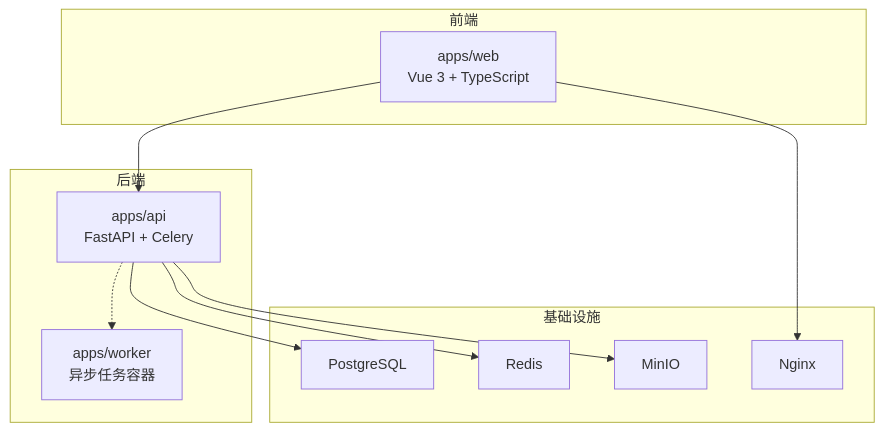
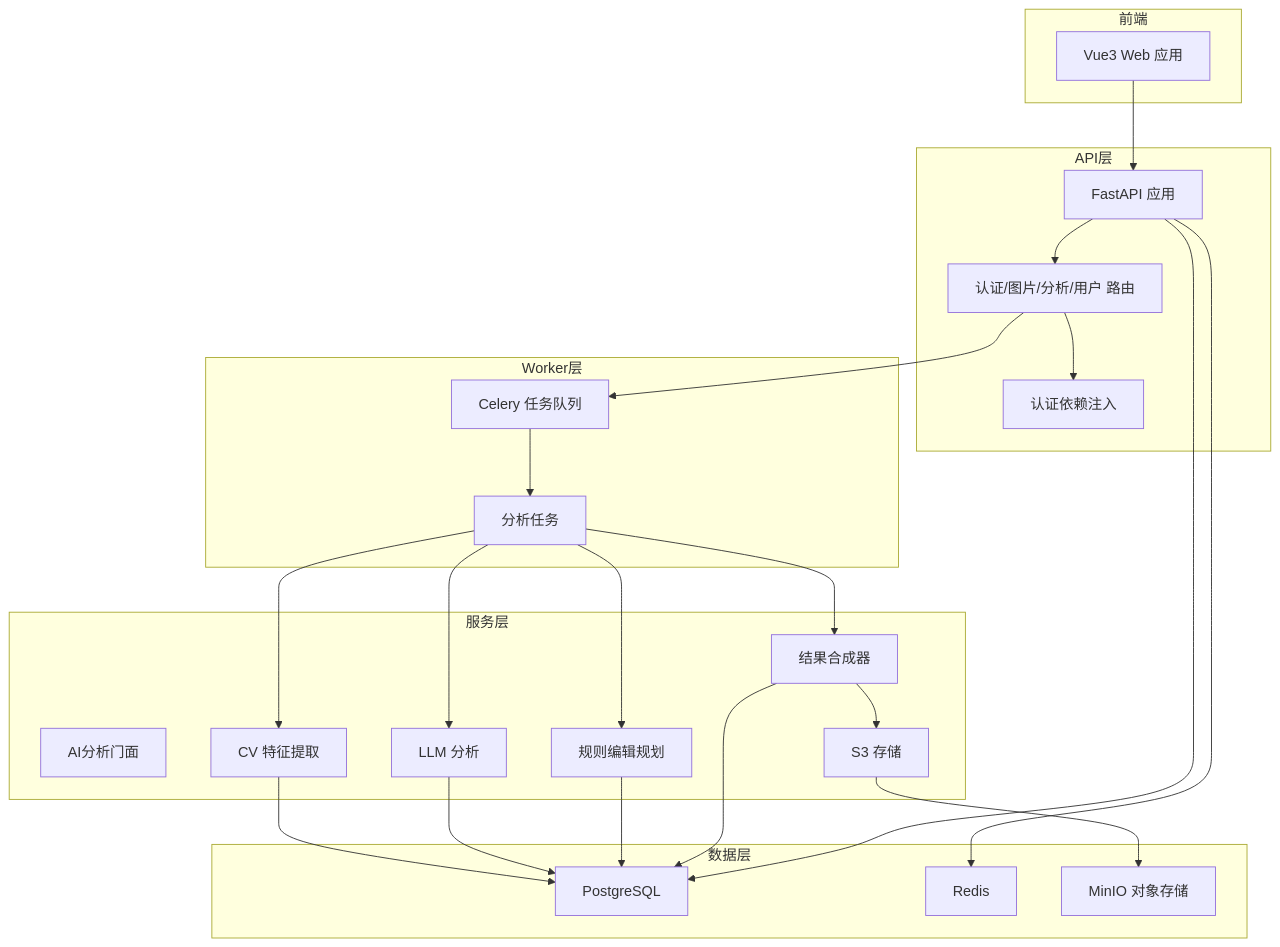
The second of 7 diagrams in .qoder/repowiki/zh/content/开发者指南.md (selectzhangyuan/AI-photo-coach), drawn with Mermaid before and after one commit. The commit also changed other lines of this file and 128 other files, not shown here.

````diff
--- a/.qoder/repowiki/zh/content/开发者指南.md
+++ b/.qoder/repowiki/zh/content/开发者指南.md
@@ -51,22 +133,45 @@
 ```mermaid
 graph TB
 subgraph "前端"
-WEB["apps/web<br/>Vue 3 + TypeScript"]
+WEB["Vue3 Web 应用"]
 end
-subgraph "后端"
-API["apps/api<br/>FastAPI + Celery"]
-WORKER["apps/worker<br/>异步任务容器"]
+subgraph "API层"
+FASTAPI["FastAPI 应用"]
+ROUTERS["认证/图片/分析/用户 路由"]
+AUTH_DEPS["认证依赖注入"]
 end
-subgraph "基础设施"
+subgraph "Worker层"
+CELERY["Celery 任务队列"]
+TASK_ANALYZE["分析任务"]
+end
+subgraph "服务层"
+SVC_AI["AI分析门面"]
+SVC_FEAT["CV 特征提取"]
+SVC_LLM["LLM 分析"]
+SVC_RULES["规则编辑规划"]
+SVC_COMPOSER["结果合成器"]
+SVC_STORAGE["S3 存储"]
+end
+subgraph "数据层"
 DB["PostgreSQL"]
 REDIS["Redis"]
-MINIO["MinIO"]
-NGINX["Nginx"]
+MINIO["MinIO 对象存储"]
 end
-WEB --> API
-API --> DB
-API --> REDIS
-API --> MINIO
-API -.-> WORKER
-WEB --> NGINX
+WEB --> FASTAPI
+FASTAPI --> ROUTERS
+ROUTERS --> AUTH_DEPS
+ROUTERS --> CELERY
+CELERY --> TASK_ANALYZE
+TASK_ANALYZE --> SVC_FEAT
+TASK_ANALYZE --> SVC_LLM
+TASK_ANALYZE --> SVC_RULES
+TASK_ANALYZE --> SVC_COMPOSER
+SVC_FEAT --> DB
+SVC_LLM --> DB
+SVC_RULES --> DB
+SVC_COMPOSER --> DB
+SVC_COMPOSER --> SVC_STORAGE
+SVC_STORAGE --> MINIO
+FASTAPI --> DB
+FASTAPI --> REDIS
 ```
````
